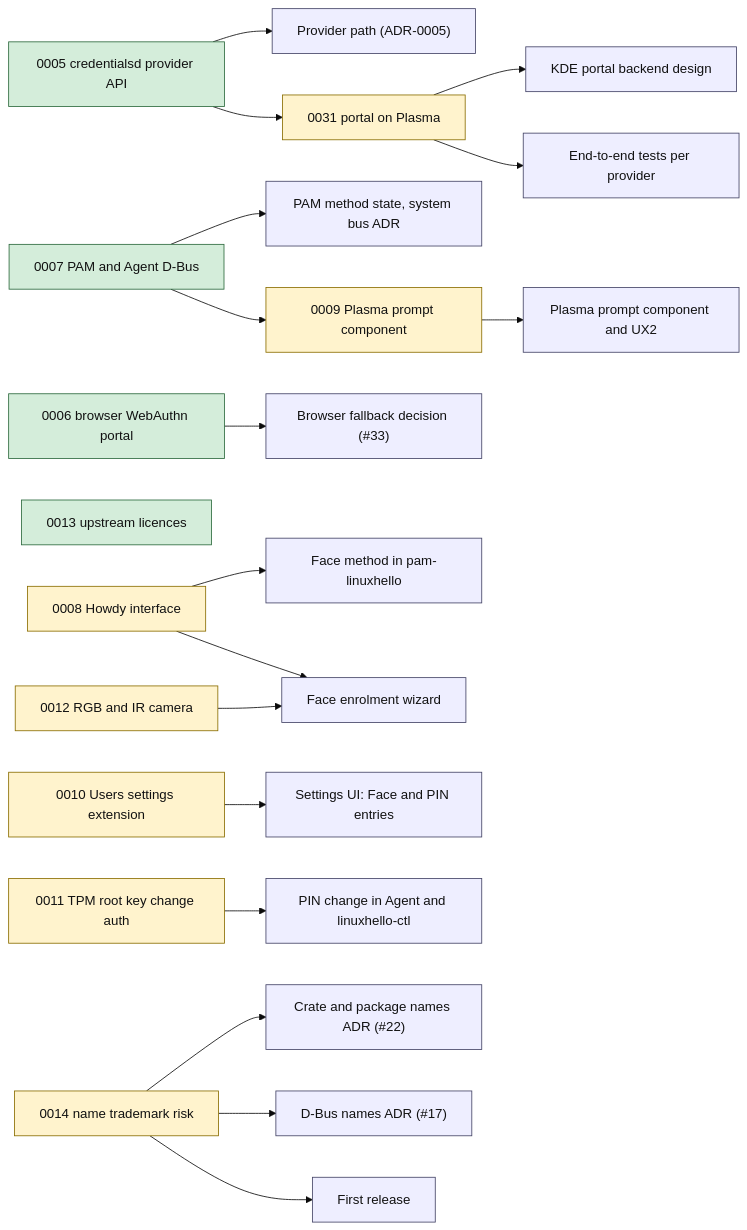
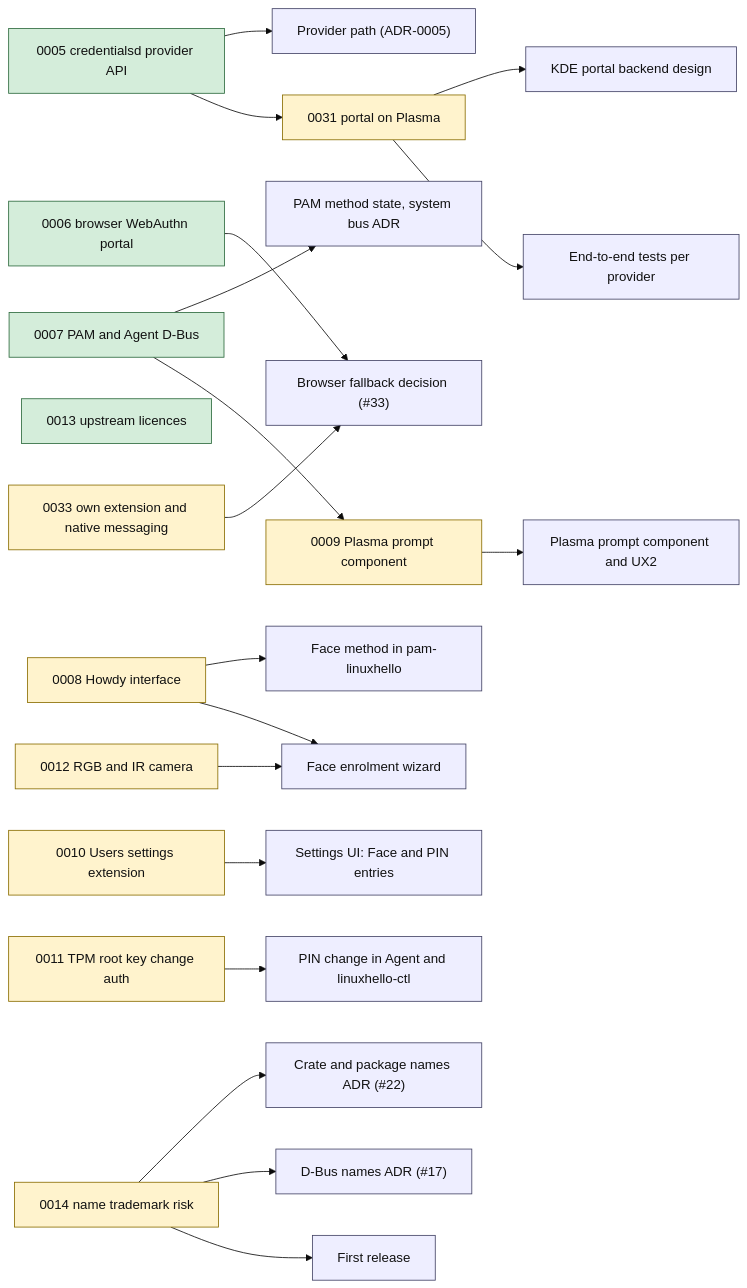
The diagram in spikes/README.md (LinuxHello/architecture), drawn with Mermaid (base theme) before and after one commit. The commit also changed other lines of this file and 1 other file, not shown here.

First line of the commit message:
Add spike 0033: own browser extension, trusted origin and confined native messaging (#11)

````diff
--- a/spikes/README.md
+++ b/spikes/README.md
@@ -35,49 +36,51 @@
 ```mermaid
 flowchart LR
     classDef done fill:#d4edda,stroke:#2d6a3e,color:#111
     classDef open fill:#fff3cd,stroke:#8a6d00,color:#111
     classDef target fill:#eef,stroke:#446,color:#111
 
     S5["0005 credentialsd provider API"]:::done
     S6["0006 browser WebAuthn portal"]:::done
     S7["0007 PAM and Agent D-Bus"]:::done
     S13["0013 upstream licences"]:::done
     S8["0008 Howdy interface"]:::open
     S9["0009 Plasma prompt component"]:::open
     S10["0010 Users settings extension"]:::open
     S11["0011 TPM root key change auth"]:::open
     S12["0012 RGB and IR camera"]:::open
     S14["0014 name trademark risk"]:::open
     S31["0031 portal on Plasma"]:::open
+    S33["0033 own extension and native messaging"]:::open
 
     T1["Provider path (ADR-0005)"]:::target
     T2["Browser fallback decision (#33)"]:::target
     T3["PAM method state, system bus ADR"]:::target
     T4["Face method in pam-linuxhello"]:::target
     T5["Face enrolment wizard"]:::target
     T6["Plasma prompt component and UX2"]:::target
     T7["Settings UI: Face and PIN entries"]:::target
     T8["PIN change in Agent and linuxhello-ctl"]:::target
     T9["Crate and package names ADR (#22)"]:::target
     T10["D-Bus names ADR (#17)"]:::target
     T11["First release"]:::target
     T12["KDE portal backend design"]:::target
     T13["End-to-end tests per provider"]:::target
 
     S5 --> T1
     S5 --> S31
     S6 --> T2
+    S33 --> T2
     S7 --> T3
     S7 --> S9
     S8 --> T4
     S8 --> T5
     S12 --> T5
     S9 --> T6
     S10 --> T7
     S11 --> T8
     S14 --> T9
     S14 --> T10
     S14 --> T11
     S31 --> T12
     S31 --> T13
 ```
````
